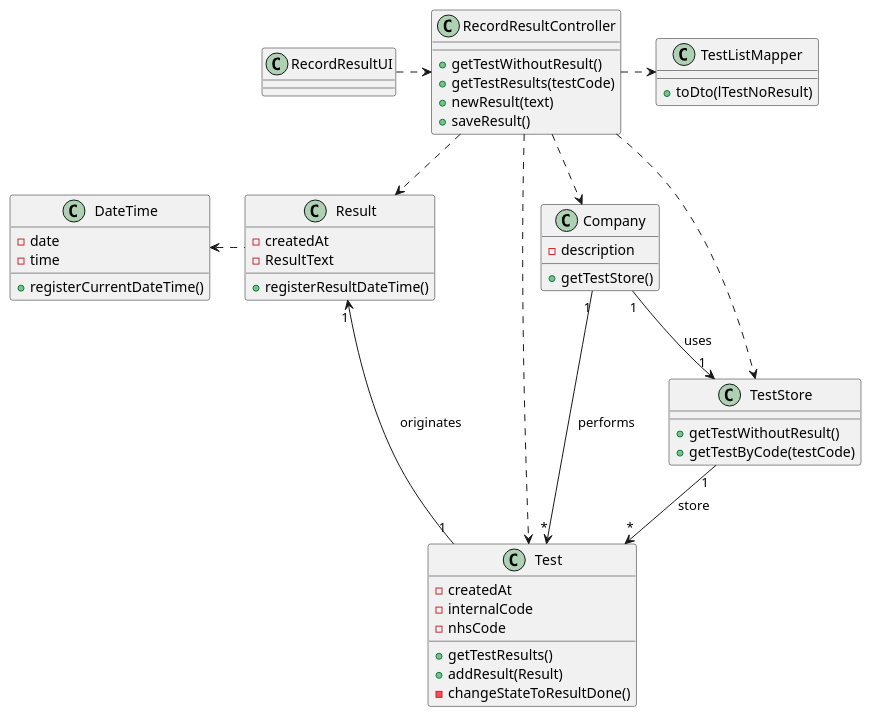
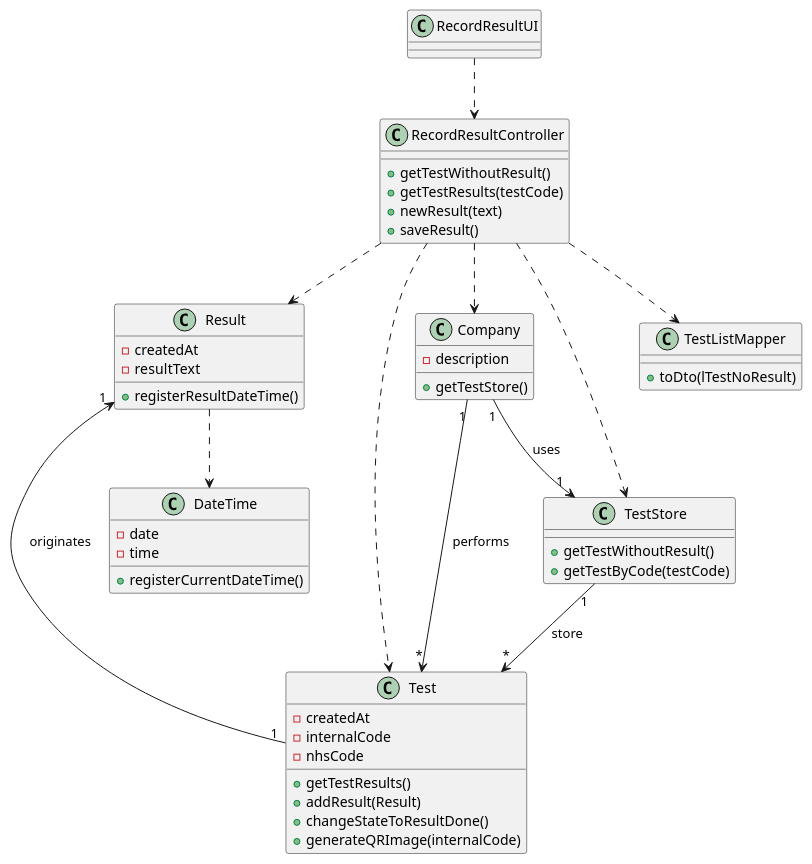
Before and after one commit to GuilhermeCunha79/lapr2: the diagram in docs/SprintC/US12/US12_CD.puml, drawn with PlantUML. The commit also changed 10 other files, not shown here.

```diff
--- a/docs/SprintC/US12/US12_CD.puml
+++ b/docs/SprintC/US12/US12_CD.puml
@@ -1,60 +1,61 @@
 @startuml
 
 class RecordResultUI {
 }
 
 class RecordResultController {
     +getTestWithoutResult()
     +getTestResults(testCode)
     +newResult(text)
     +saveResult()
 }
 
 class Company {
     -description
     +getTestStore()
 }
 
 class TestStore {
     +getTestWithoutResult()
     +getTestByCode(testCode)
 }
 
 class TestListMapper {
     +toDto(lTestNoResult)
 }
 
 class Test {
     -createdAt
     -internalCode
     -nhsCode
     +getTestResults()
     +addResult(Result)
-    -changeStateToResultDone()
+    +changeStateToResultDone()
+    +generateQRImage(internalCode)
 }
 
 class Result {
     -createdAt
-    -ResultText
+    -resultText
     +registerResultDateTime()
 }
 
 class DateTime {
     -date
     -time
     +registerCurrentDateTime()
 }
 
-RecordResultUI .right.> RecordResultController
+RecordResultUI ..> RecordResultController
 RecordResultController ..> Company
 RecordResultController ..> TestStore
-RecordResultController .right.> TestListMapper
+RecordResultController ..> TestListMapper
 RecordResultController ..> Test
 RecordResultController ..> Result
 Company"1" --> "*"Test : "performs"
 Company"1" --> "1"TestStore : "uses"
 TestStore"1" --> "*"Test : "store"
 Test"1" -left-> "1"Result : "originates"
-Result .left.> DateTime
+Result ..> DateTime
 
 @enduml
```
